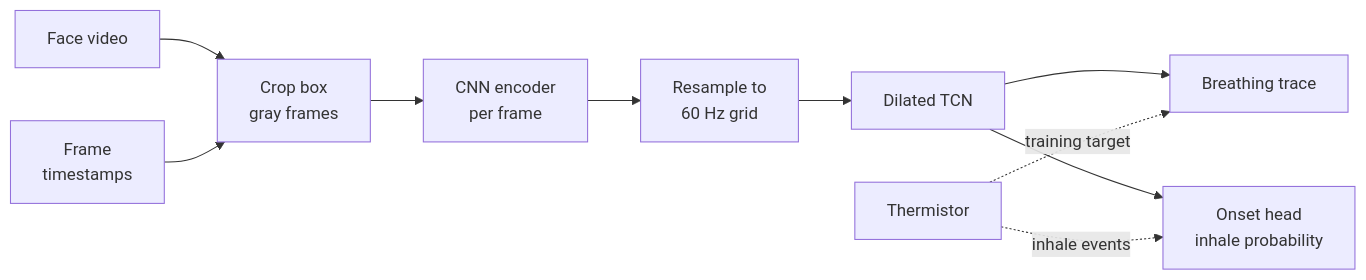
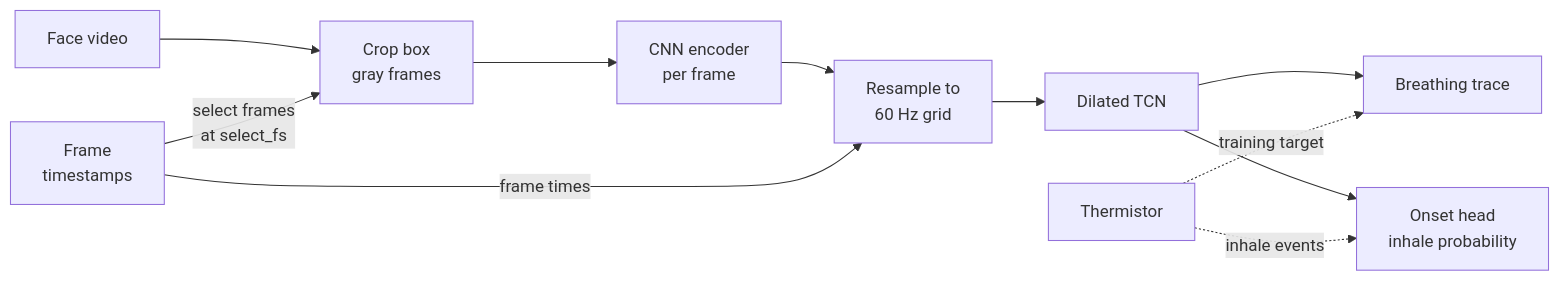
One commit to AllenNeuralDynamics/zephyr changed the diagram in docs/index.md. Above: the diagram before and after it, drawn with Mermaid. The commit also changed other lines of this file, not shown here.

Commit message:
Show frame timestamps feeding the 60 Hz resampling in How it works

````diff
--- a/docs/index.md
+++ b/docs/index.md
@@ -74,12 +74,13 @@
 ```mermaid
 flowchart LR
     V[Face video] --> C[Crop box<br/>gray frames]
-    T[Frame<br/>timestamps] --> C
+    T[Frame<br/>timestamps] -- select frames<br/>at select_fs --> C
     C --> E[CNN encoder<br/>per frame]
     E --> R[Resample to<br/>60 Hz grid]
+    T -- frame times --> R
     R --> N[Dilated TCN]
     N --> S[Breathing trace]
     N --> O[Onset head<br/>inhale probability]
     TH[Thermistor] -. training target .-> S
     TH -. inhale events .-> O
 ```
````
